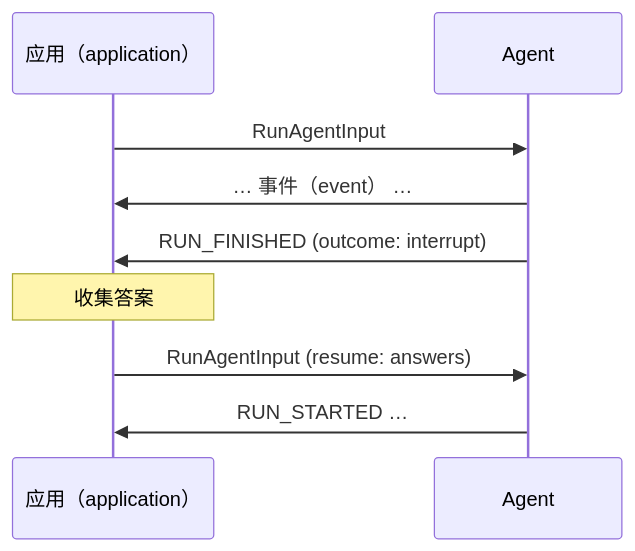
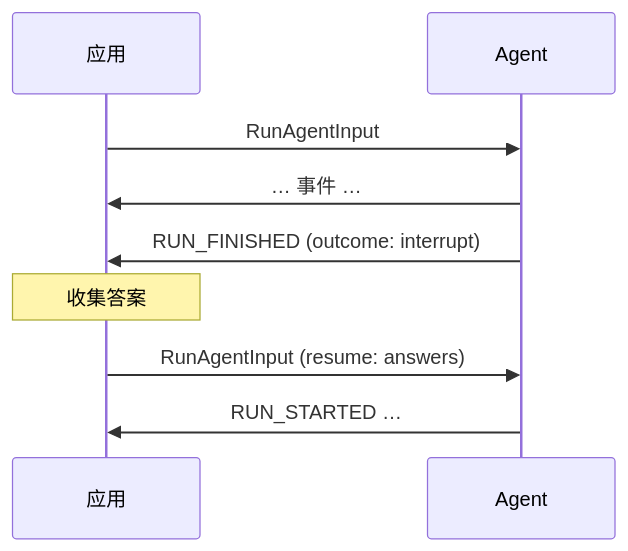
The third of 3 diagrams in content/zh/spec/1.0/basic/patterns/index.md (JilongSun/ag-ui-docs-zh), drawn with Mermaid before and after one commit. The commit also changed other lines of this file and 46 other files, not shown here.

````diff
--- a/content/zh/spec/1.0/basic/patterns/index.md
+++ b/content/zh/spec/1.0/basic/patterns/index.md
@@ -44,11 +44,11 @@
 ```mermaid
 sequenceDiagram
-    participant Application as 应用（application）
+    participant Application as 应用
     participant Agent
     Application->>Agent: RunAgentInput
-    Agent->>Application: … 事件（event） …
+    Agent->>Application: … 事件 …
     Agent->>Application: RUN_FINISHED (outcome: interrupt)
     Note over Application: 收集答案
     Application->>Agent: RunAgentInput (resume: answers)
     Agent->>Application: RUN_STARTED …
 ```
````
